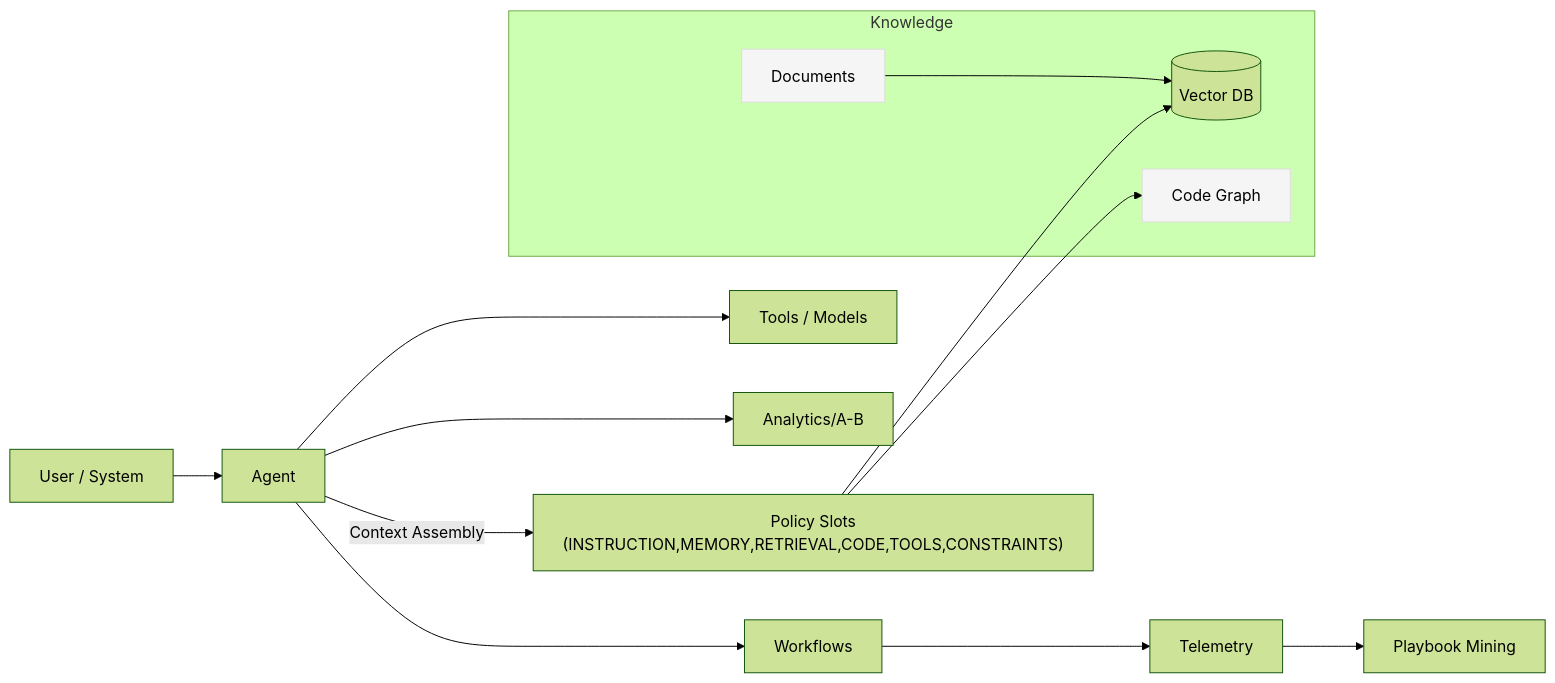
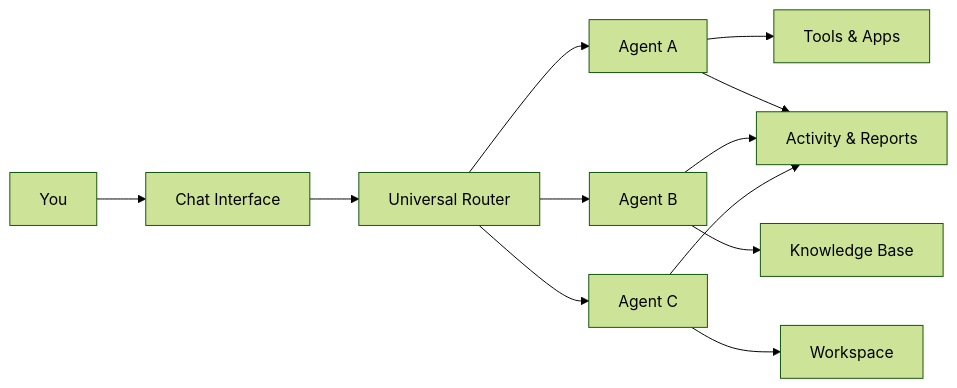
Before and after one commit to AutomatosAI/automatos-gitbook: the diagram in about.md, drawn with Mermaid (forest theme). The commit also changed other lines of this file and 67 other files, not shown here.

````diff
--- a/about.md
+++ b/about.md
@@ -21,16 +21,14 @@
 ```mermaid
 flowchart LR
-  U[User / System] --> A[Agent]
-  A -->|Context Assembly| P["Policy Slots<br/>(INSTRUCTION,MEMORY,RETRIEVAL,CODE,TOOLS,CONSTRAINTS)"]
-  A --> T[Tools / Models]
-  subgraph Knowledge
-    D[Documents]:::k --> RAG[(Vector DB)]
-    C[Code Graph]:::k
-  end
-  P --> RAG
-  P --> C
-  A --> W[Workflows] --> E[Telemetry]
-  E --> PL[Playbook Mining]
-  A --> AN[Analytics/A-B]
-  classDef k fill:#f5f5f5,stroke:#ddd
+  U[You] --> Chat[Chat Interface]
+  Chat --> Router[Universal Router]
+  Router --> A1[Agent A]
+  Router --> A2[Agent B]
+  Router --> A3[Agent C]
+  A1 --> Tools[Tools & Apps]
+  A2 --> KB[Knowledge Base]
+  A3 --> Code[Workspace]
+  A1 --> Reports[Activity & Reports]
+  A2 --> Reports
+  A3 --> Reports
 ```
````
